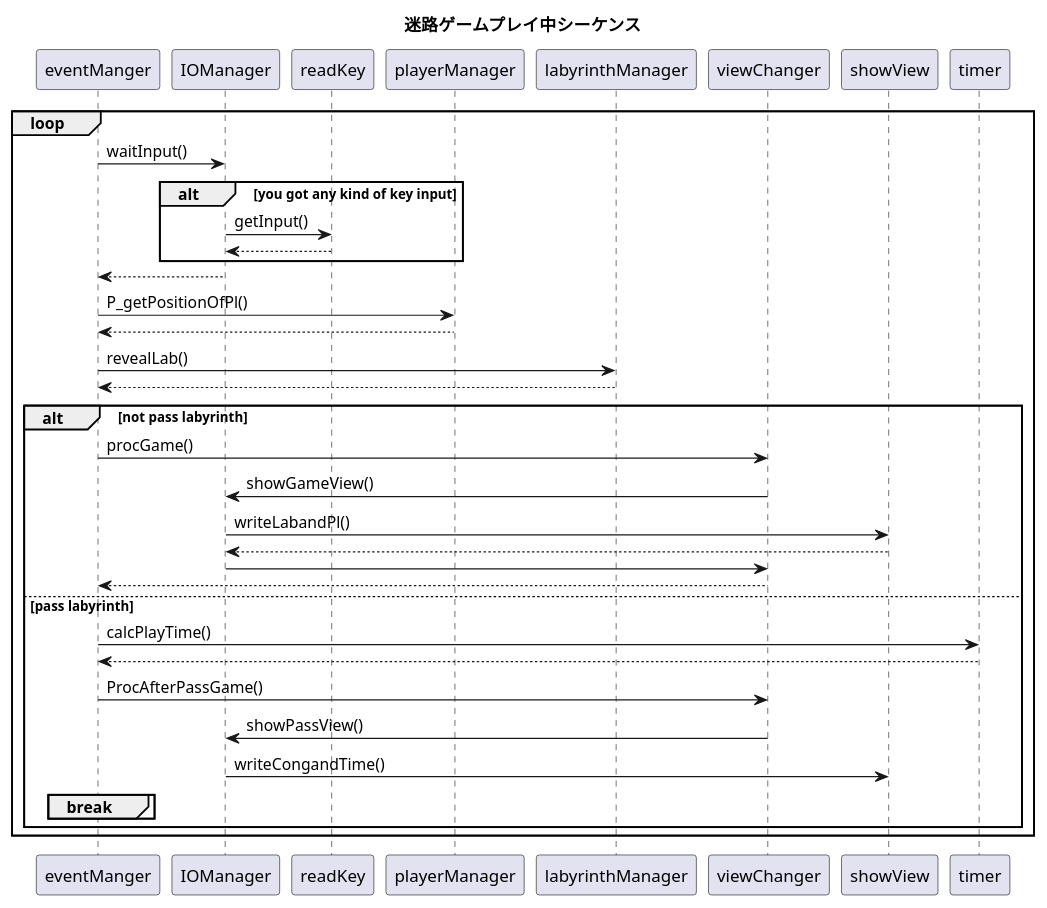
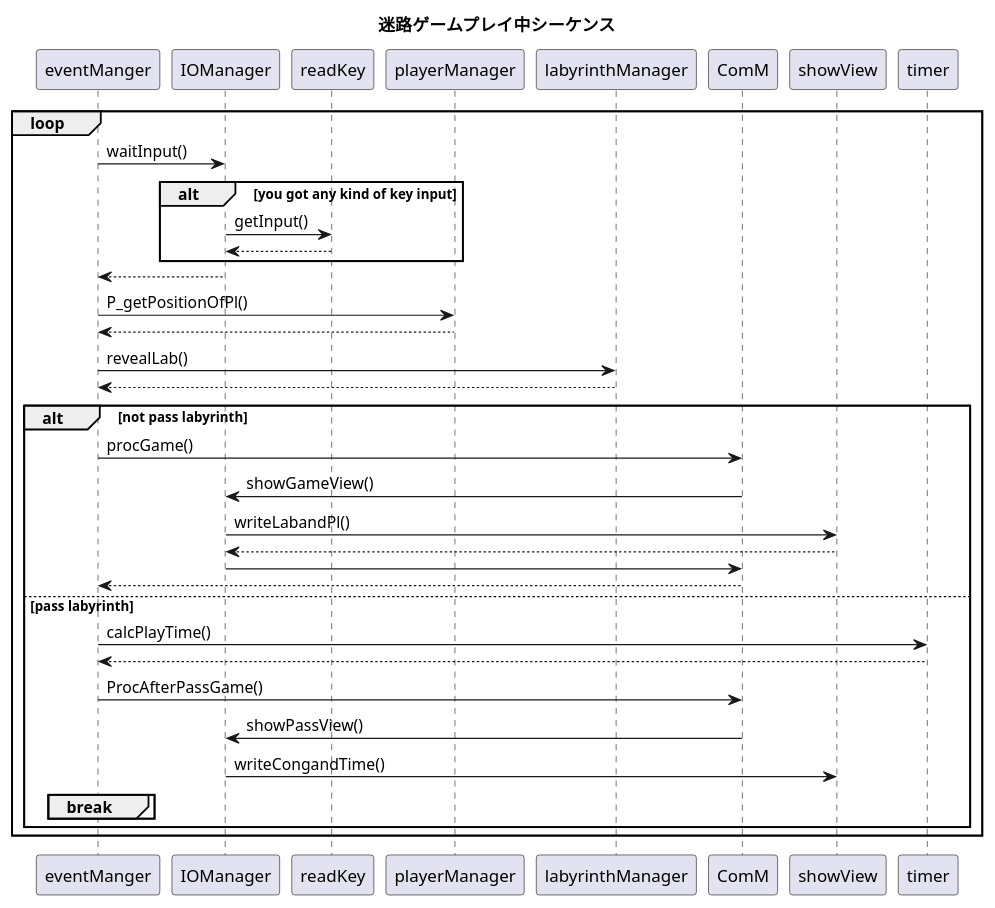
The diagram in Doc/S_playGame.pu (horiyoshihiro/LabyrinthGame), drawn with PlantUML before and after one commit. The commit also changed 18 other files, not shown here.

Commit message:
コンポーネント図を修正。Player周りの実装。クラスのフィールドを返す関数は絞った方がよい？@自宅

```diff
--- a/Doc/S_playGame.pu
+++ b/Doc/S_playGame.pu
@@ -1,37 +1,37 @@
 @startuml
 
 title 迷路ゲームプレイ中シーケンス
 
 loop
     eventManger -> IOManager : waitInput()
     alt you got any kind of key input
         IOManager -> readKey : getInput()
         readKey --> IOManager
     end
     IOManager --> eventManger
 
     eventManger -> playerManager : P_getPositionOfPl()
     playerManager --> eventManger
 
     eventManger -> labyrinthManager : revealLab()
     labyrinthManager --> eventManger
 
     alt not pass labyrinth
-        eventManger -> viewChanger : procGame()
-            viewChanger -> IOManager : showGameView()
+        eventManger -> ComM : procGame()
+            ComM -> IOManager : showGameView()
                 IOManager -> showView : writeLabandPl()
                 showView --> IOManager
-            IOManager -> viewChanger
-        viewChanger --> eventManger
+            IOManager -> ComM
+        ComM --> eventManger
     else pass labyrinth
         eventManger -> timer : calcPlayTime()
         timer --> eventManger 
-        eventManger -> viewChanger : ProcAfterPassGame()
-            viewChanger -> IOManager : showPassView()
+        eventManger -> ComM : ProcAfterPassGame()
+            ComM -> IOManager : showPassView()
                 IOManager -> showView : writeCongandTime()
         break
         end
     end
 end
 
 @enduml
```
